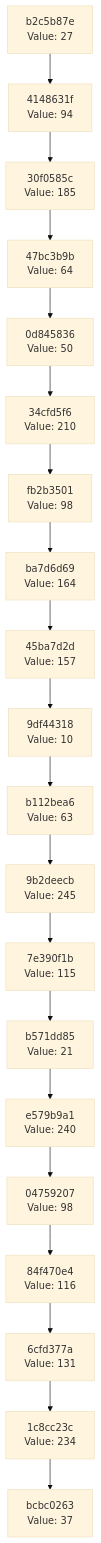
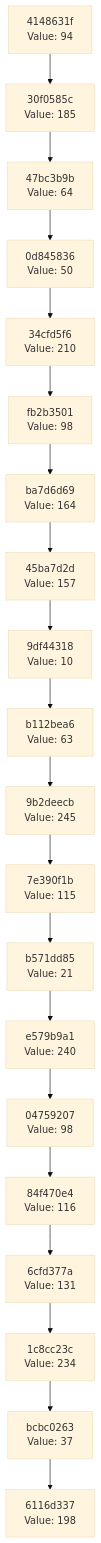
Before and after one commit to Abhisheksinha1506/hash-chain-evolver: the diagram in docs/CHAIN_VISUALIZATION.md, drawn with Mermaid (base theme). The commit also changed 3 other files, not shown here.

````diff
--- a/docs/CHAIN_VISUALIZATION.md
+++ b/docs/CHAIN_VISUALIZATION.md
@@ -3,42 +3,42 @@
 ```mermaid
 graph TD
-    C0["bcbc0263<br/>Value: 37"]
-    C1["1c8cc23c<br/>Value: 234"]
+    C0["6116d337<br/>Value: 198"]
+    C1["bcbc0263<br/>Value: 37"]
     C1 --> C0
-    C2["6cfd377a<br/>Value: 131"]
+    C2["1c8cc23c<br/>Value: 234"]
     C2 --> C1
-    C3["84f470e4<br/>Value: 116"]
+    C3["6cfd377a<br/>Value: 131"]
     C3 --> C2
-    C4["04759207<br/>Value: 98"]
+    C4["84f470e4<br/>Value: 116"]
     C4 --> C3
-    C5["e579b9a1<br/>Value: 240"]
+    C5["04759207<br/>Value: 98"]
     C5 --> C4
-    C6["b571dd85<br/>Value: 21"]
+    C6["e579b9a1<br/>Value: 240"]
     C6 --> C5
-    C7["7e390f1b<br/>Value: 115"]
+    C7["b571dd85<br/>Value: 21"]
     C7 --> C6
-    C8["9b2deecb<br/>Value: 245"]
+    C8["7e390f1b<br/>Value: 115"]
     C8 --> C7
-    C9["b112bea6<br/>Value: 63"]
+    C9["9b2deecb<br/>Value: 245"]
     C9 --> C8
-    C10["9df44318<br/>Value: 10"]
+    C10["b112bea6<br/>Value: 63"]
     C10 --> C9
-    C11["45ba7d2d<br/>Value: 157"]
+    C11["9df44318<br/>Value: 10"]
     C11 --> C10
-    C12["ba7d6d69<br/>Value: 164"]
+    C12["45ba7d2d<br/>Value: 157"]
     C12 --> C11
-    C13["fb2b3501<br/>Value: 98"]
+    C13["ba7d6d69<br/>Value: 164"]
     C13 --> C12
-    C14["34cfd5f6<br/>Value: 210"]
+    C14["fb2b3501<br/>Value: 98"]
     C14 --> C13
-    C15["0d845836<br/>Value: 50"]
+    C15["34cfd5f6<br/>Value: 210"]
     C15 --> C14
-    C16["47bc3b9b<br/>Value: 64"]
+    C16["0d845836<br/>Value: 50"]
     C16 --> C15
-    C17["30f0585c<br/>Value: 185"]
+    C17["47bc3b9b<br/>Value: 64"]
     C17 --> C16
-    C18["4148631f<br/>Value: 94"]
+    C18["30f0585c<br/>Value: 185"]
     C18 --> C17
-    C19["b2c5b87e<br/>Value: 27"]
+    C19["4148631f<br/>Value: 94"]
     C19 --> C18
 ```
````
